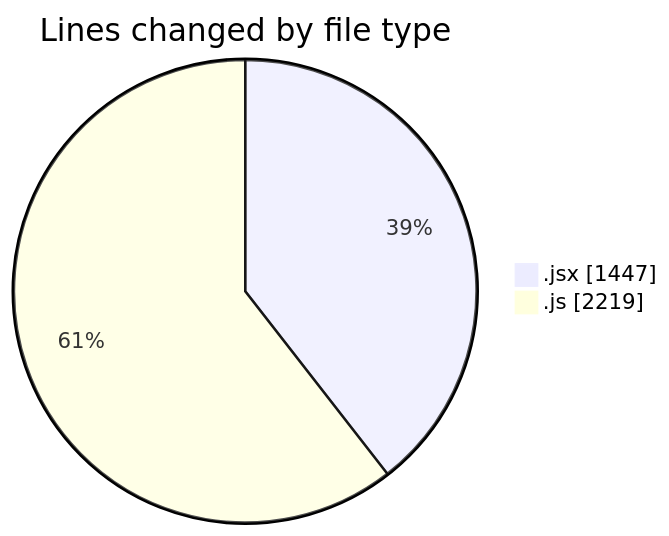
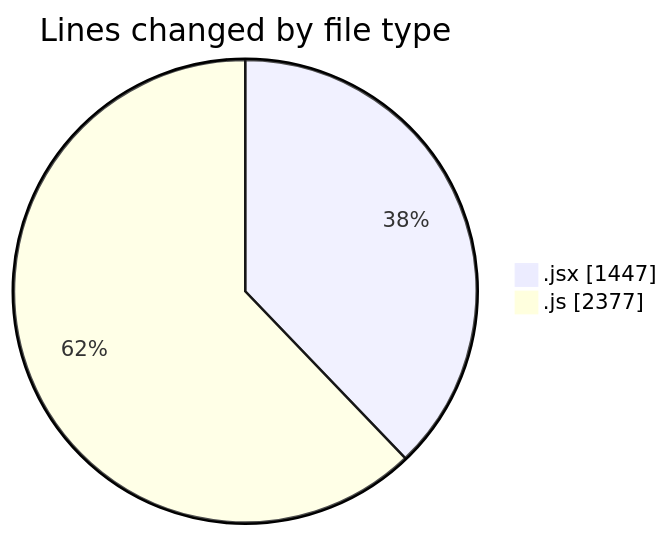
Before and after one commit to nxtqubesakshisongat/code-tracking: the first of 2 diagrams in 2025-09-15/nxtqube_webapp/README.md, drawn with Mermaid. The commit also changed other lines of this file and 1 other file, not shown here.

````diff
--- a/2025-09-15/nxtqube_webapp/README.md
+++ b/2025-09-15/nxtqube_webapp/README.md
@@ -22,6 +22,6 @@
 ```mermaid
 pie showData
 title Lines changed by file type
 ".jsx" : 1447
-".js" : 2219
+".js" : 2377
 ```
````
